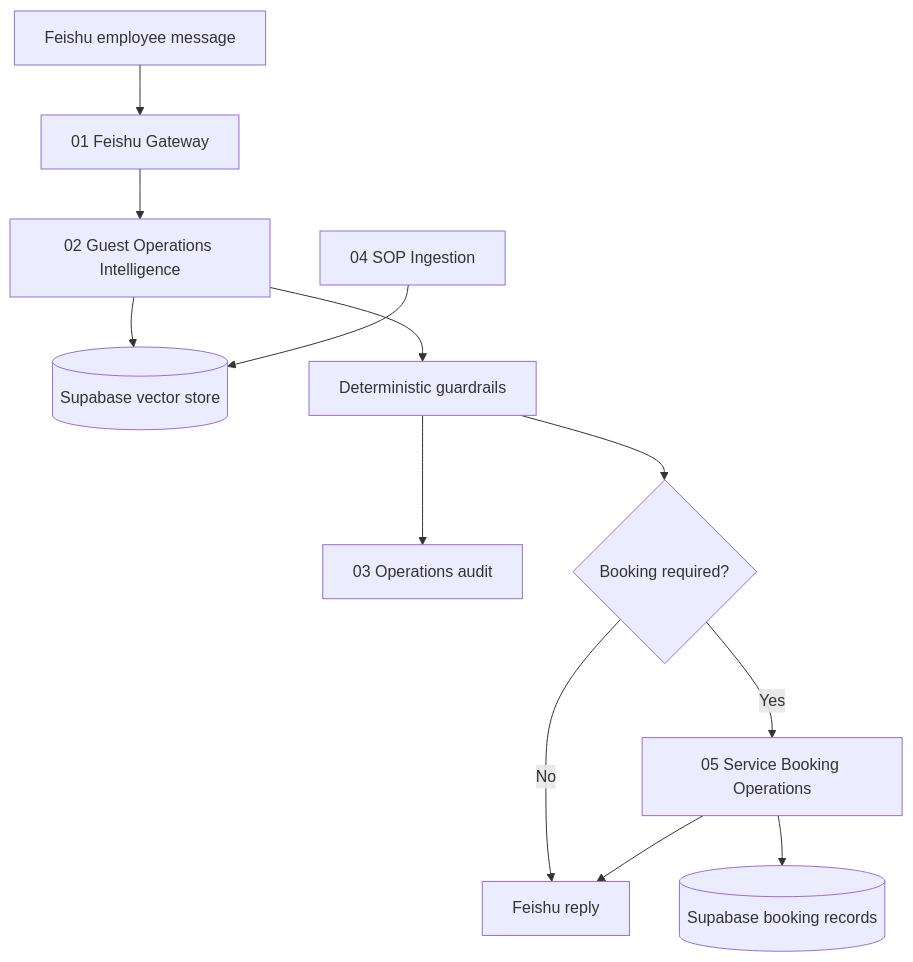
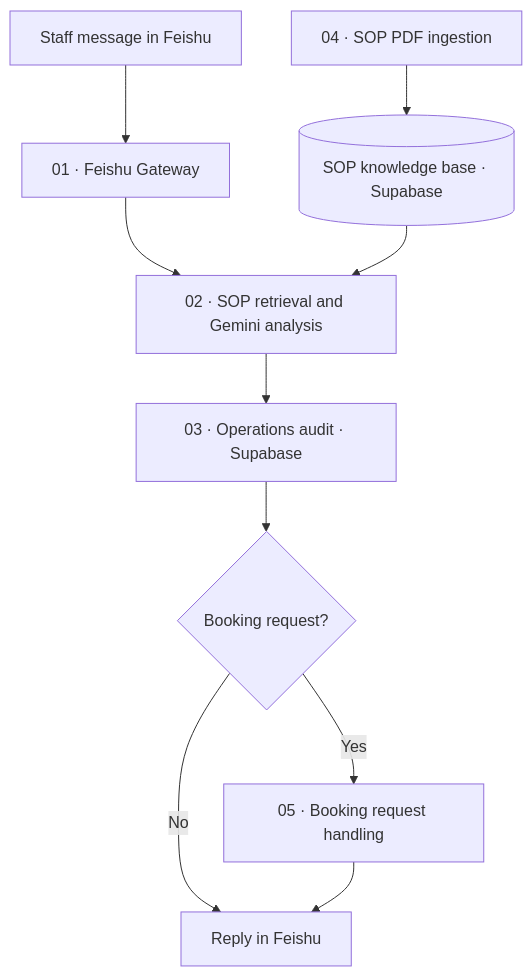
Before and after one commit to yushi916/resort-guest-operations-copilot: the diagram in README.md, drawn with Mermaid. The commit also changed other lines of this file, not shown here.

````diff
--- a/README.md
+++ b/README.md
@@ -27,14 +28,12 @@
 ```mermaid
 flowchart TD
-    F[Feishu employee message] --> G[01 Feishu Gateway]
-    G --> I[02 Guest Operations Intelligence]
-    I --> V[(Supabase vector store)]
-    I --> A[Deterministic guardrails]
-    A --> L[03 Operations audit]
-    A --> R{Booking required?}
-    R -- No --> O[Feishu reply]
-    R -- Yes --> B[05 Service Booking Operations]
-    B --> D[(Supabase booking records)]
-    B --> O
-    U[04 SOP Ingestion] --> V
+    F[Staff message in Feishu] --> G[01 · Feishu Gateway]
+    G --> I[02 · SOP retrieval and Gemini analysis]
+    U[04 · SOP PDF ingestion] --> K[(SOP knowledge base · Supabase)]
+    K --> I
+    I --> A[03 · Operations audit · Supabase]
+    A --> Q{Booking request?}
+    Q -- Yes --> B[05 · Booking request handling]
+    Q -- No --> R[Reply in Feishu]
+    B --> R
 ```
````
